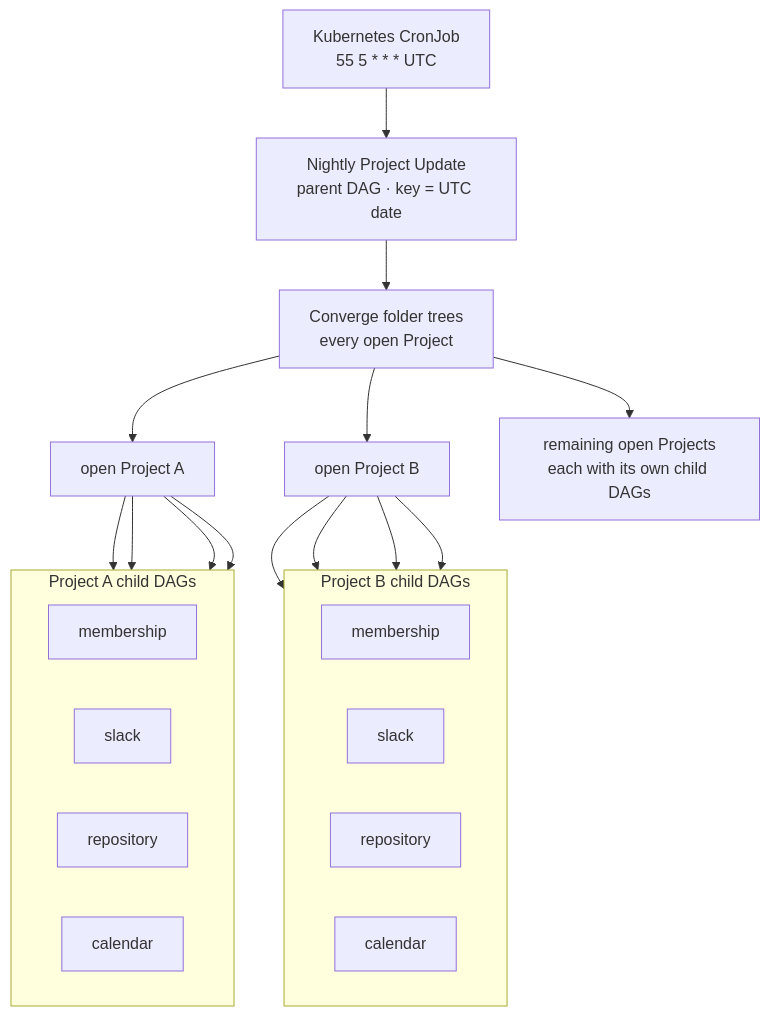
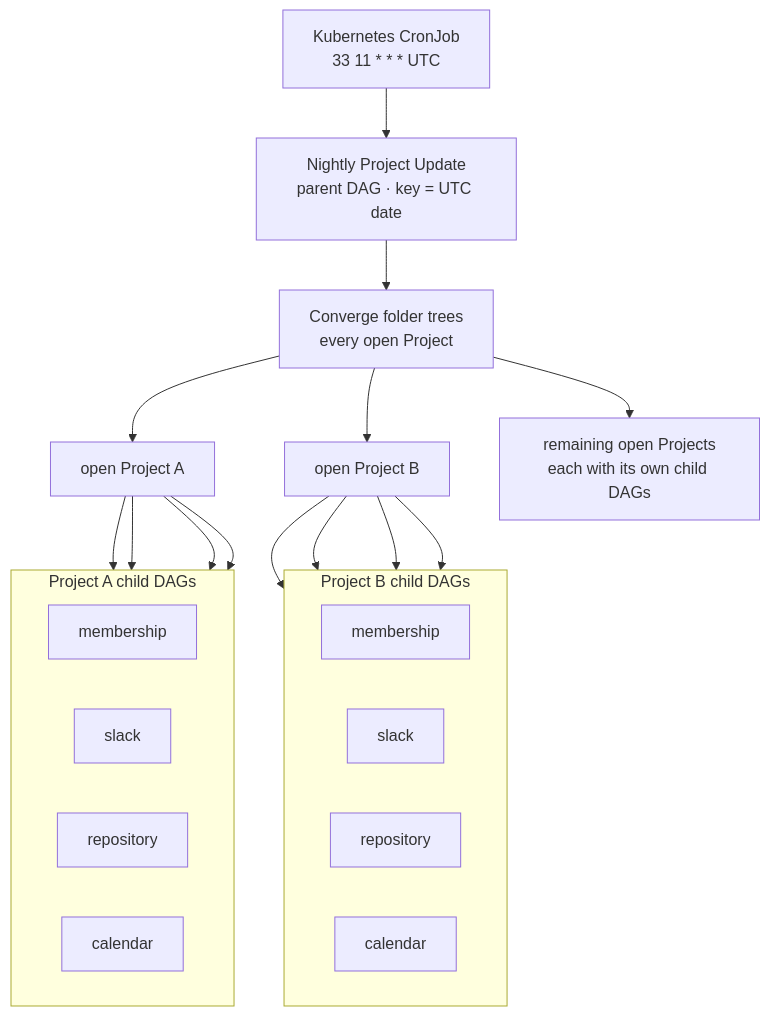
The first of 2 diagrams in docs/glossary/nightly-project-update.md (neon-law/navigator), drawn with Mermaid before and after one commit. The commit also changed other lines of this file and 10 other files, not shown here.

````diff
--- a/docs/glossary/nightly-project-update.md
+++ b/docs/glossary/nightly-project-update.md
@@ -29,32 +29,32 @@
 ```mermaid
 flowchart TB
-  Clock["Kubernetes CronJob<br/>55 5 * * * UTC"]
+  Clock["Kubernetes CronJob<br/>33 11 * * * UTC"]
   Parent["Nightly Project Update<br/>parent DAG · key = UTC date"]
   Clock --> Parent
   Parent --> Folders["Converge folder trees<br/>every open Project"]
   Folders --> PA["open Project A"]
   Folders --> PB["open Project B"]
   Folders --> PN["remaining open Projects<br/>each with its own child DAGs"]
   subgraph tagsA ["Project A child DAGs"]
     direction LR
     MA["membership"]
     SA["slack"]
     RA["repository"]
     CA["calendar"]
   end
   subgraph tagsB ["Project B child DAGs"]
     direction LR
     MB["membership"]
     SB["slack"]
     RB["repository"]
     CB["calendar"]
   end
   PA --> MA
   PA --> SA
   PA --> RA
   PA --> CA
   PB --> MB
   PB --> SB
   PB --> RB
   PB --> CB
 ```
````
